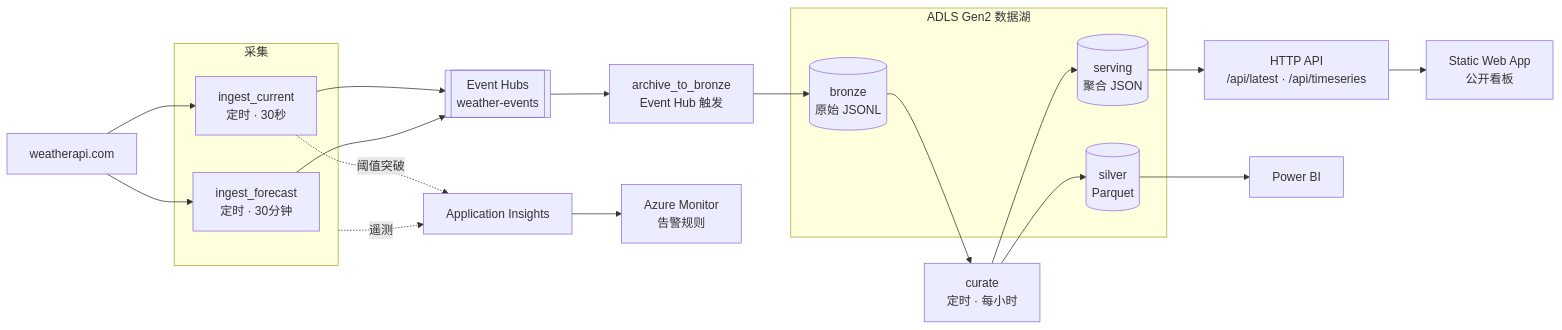
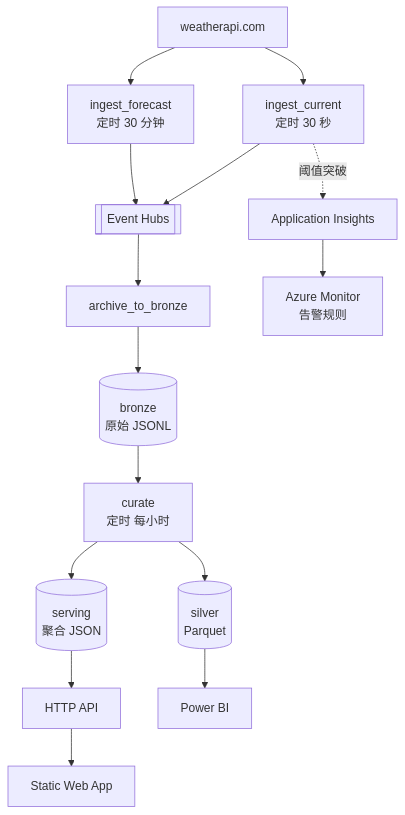
Before and after one commit to Shomao1998/weather-streaming-app: the diagram in README.zh-CN.md, drawn with Mermaid. The commit also changed 1 other file, not shown here.

Commit message:
docs: redraw the architecture diagram so its labels stay legible
The left-to-right layout ran wide enough that a README-width column scaled the
text down to unreadable, and the longer two-line labels were clipped inside
their nodes. Vertical flow, shorter labels; the tables underneath already carry
the detail the labels were trying to hold.

````diff
--- a/README.zh-CN.md
+++ b/README.zh-CN.md
@@ -45,37 +45,29 @@
 ```mermaid
-flowchart LR
-    API[weatherapi.com]
-
-    subgraph ingest["采集"]
-        C["ingest_current<br/>定时 · 30秒"]
-        F["ingest_forecast<br/>定时 · 30分钟"]
-    end
-
-    EH[["Event Hubs<br/>weather-events"]]
-    AR["archive_to_bronze<br/>Event Hub 触发"]
-
-    subgraph lake["ADLS Gen2 数据湖"]
-        B[("bronze<br/>原始 JSONL")]
-        S[("silver<br/>Parquet")]
-        SV[("serving<br/>聚合 JSON")]
-    end
-
-    CU["curate<br/>定时 · 每小时"]
-    HTTP["HTTP API<br/>/api/latest · /api/timeseries"]
-    DASH["Static Web App<br/>公开看板"]
+flowchart TB
+    API["weatherapi.com"]
+    C["ingest_current<br>定时 30 秒"]
+    F["ingest_forecast<br>定时 30 分钟"]
+    EH[["Event Hubs"]]
+    AR["archive_to_bronze"]
+    B[("bronze<br>原始 JSONL")]
+    CU["curate<br>定时 每小时"]
+    S[("silver<br>Parquet")]
+    SV[("serving<br>聚合 JSON")]
+    HTTP["HTTP API"]
+    DASH["Static Web App"]
     PBI["Power BI"]
-
     AI["Application Insights"]
-    ALERT["Azure Monitor<br/>告警规则"]
+    ALERT["Azure Monitor<br>告警规则"]
 
     API --> C & F
     C & F --> EH
-    EH --> AR --> B
+    EH --> AR
+    AR --> B
     B --> CU
     CU --> S & SV
-    SV --> HTTP --> DASH
+    SV --> HTTP
+    HTTP --> DASH
     S --> PBI
-    C -.阈值突破.-> AI
-    ingest -.遥测.-> AI
+    C -. 阈值突破 .-> AI
     AI --> ALERT
 ```
````
